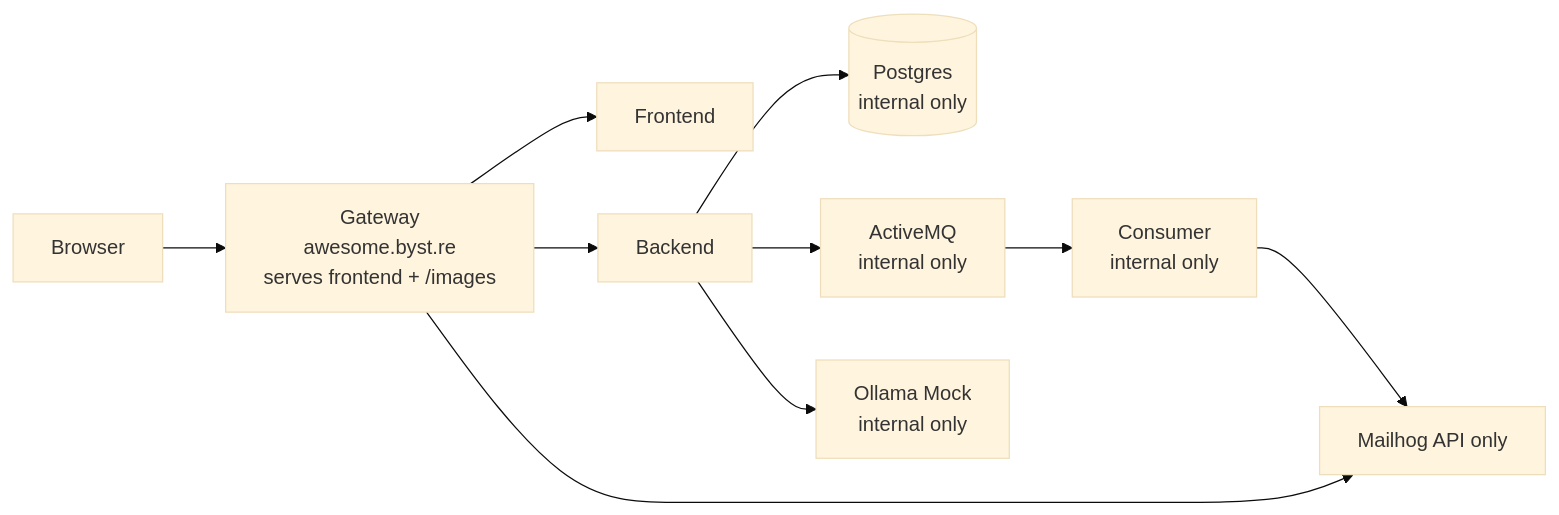
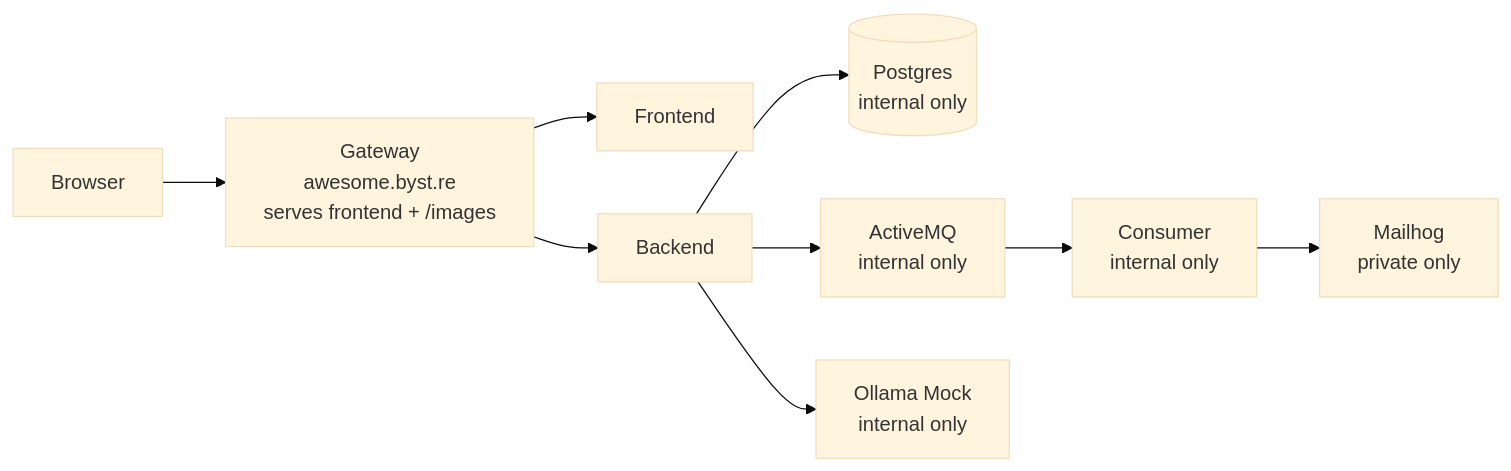
The third of 3 diagrams in README.md (slawekradzyminski/awesome-localstack), drawn with Mermaid (base theme) before and after one commit. The commit also changed other lines of this file and 17 other files, not shown here.

````diff
--- a/README.md
+++ b/README.md
@@ -217,22 +227,21 @@
 ```mermaid
 flowchart LR
     U[Browser]
     G[Gateway<br/>awesome.byst.re<br/>serves frontend + /images]
     F[Frontend]
     B[Backend]
-    MH[Mailhog API only]
     DB[(Postgres<br/>internal only)]
     MQ[ActiveMQ<br/>internal only]
     C[Consumer<br/>internal only]
+    M[Mailhog<br/>private only]
     O[Ollama Mock<br/>internal only]
 
     U --> G
     G --> F
     G --> B
-    G --> MH
     B --> DB
     B --> MQ
     MQ --> C
-    C --> MH
+    C --> M
     B --> O
 ```
````
